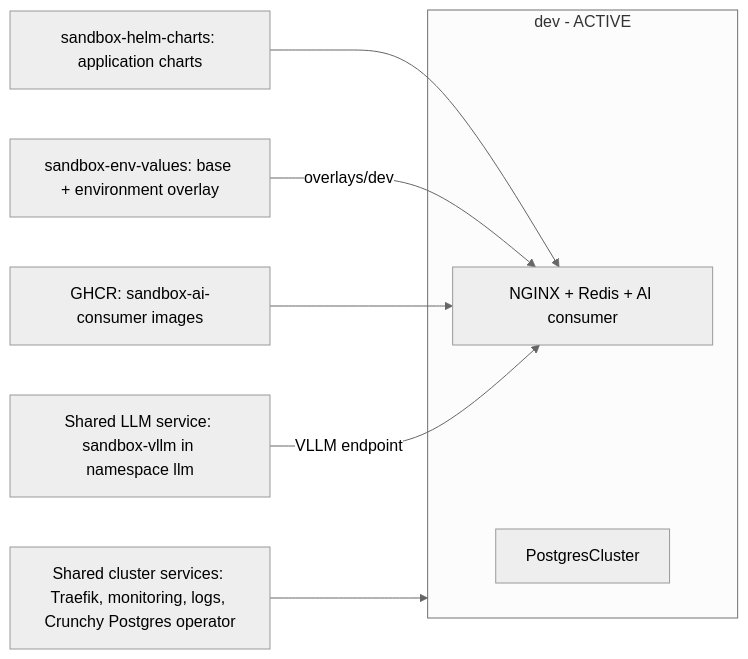
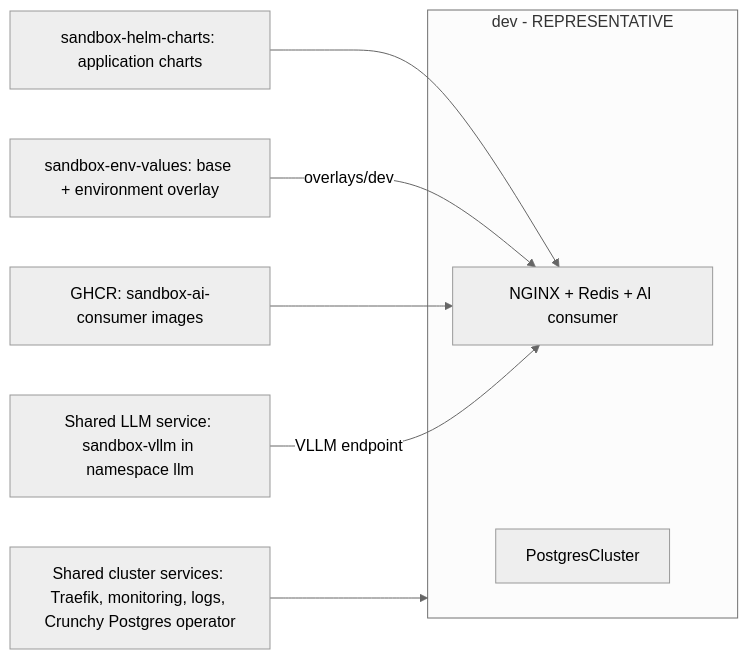
Before and after one commit to RobertKustra/sandbox-documentation: the second of 2 diagrams in README.md, drawn with Mermaid (neutral theme). The commit also changed other lines of this file, not shown here.

````diff
--- a/README.md
+++ b/README.md
@@ -135,20 +135,20 @@
 ```mermaid
 flowchart LR
   Charts["sandbox-helm-charts: application charts"]
   Values["sandbox-env-values: base + environment overlay"]
   GHCR["GHCR: sandbox-ai-consumer images"]
 
   Shared["Shared cluster services: Traefik, monitoring, logs, Crunchy Postgres operator"]
   LLM["Shared LLM service: sandbox-vllm in namespace llm"]
 
-  subgraph Dev[dev - ACTIVE]
+  subgraph Dev[dev - REPRESENTATIVE]
     DevApps[NGINX + Redis + AI consumer]
     DevDB[PostgresCluster]
   end
 
   Charts --> DevApps
   Values -->|overlays/dev| DevApps
   GHCR --> DevApps
   Shared --> Dev
   LLM -->|VLLM endpoint| DevApps
 ```
````
